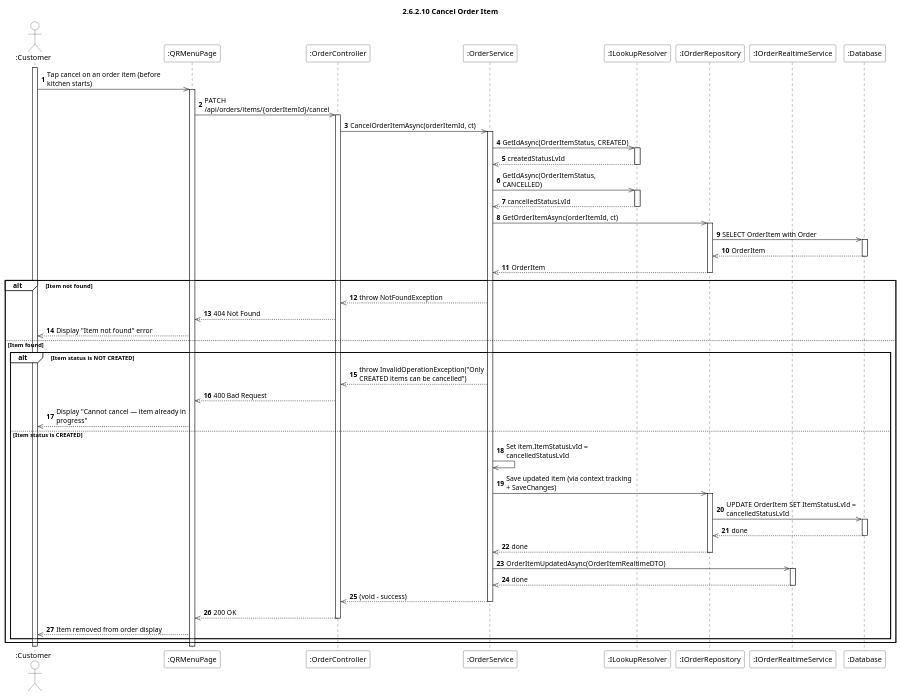
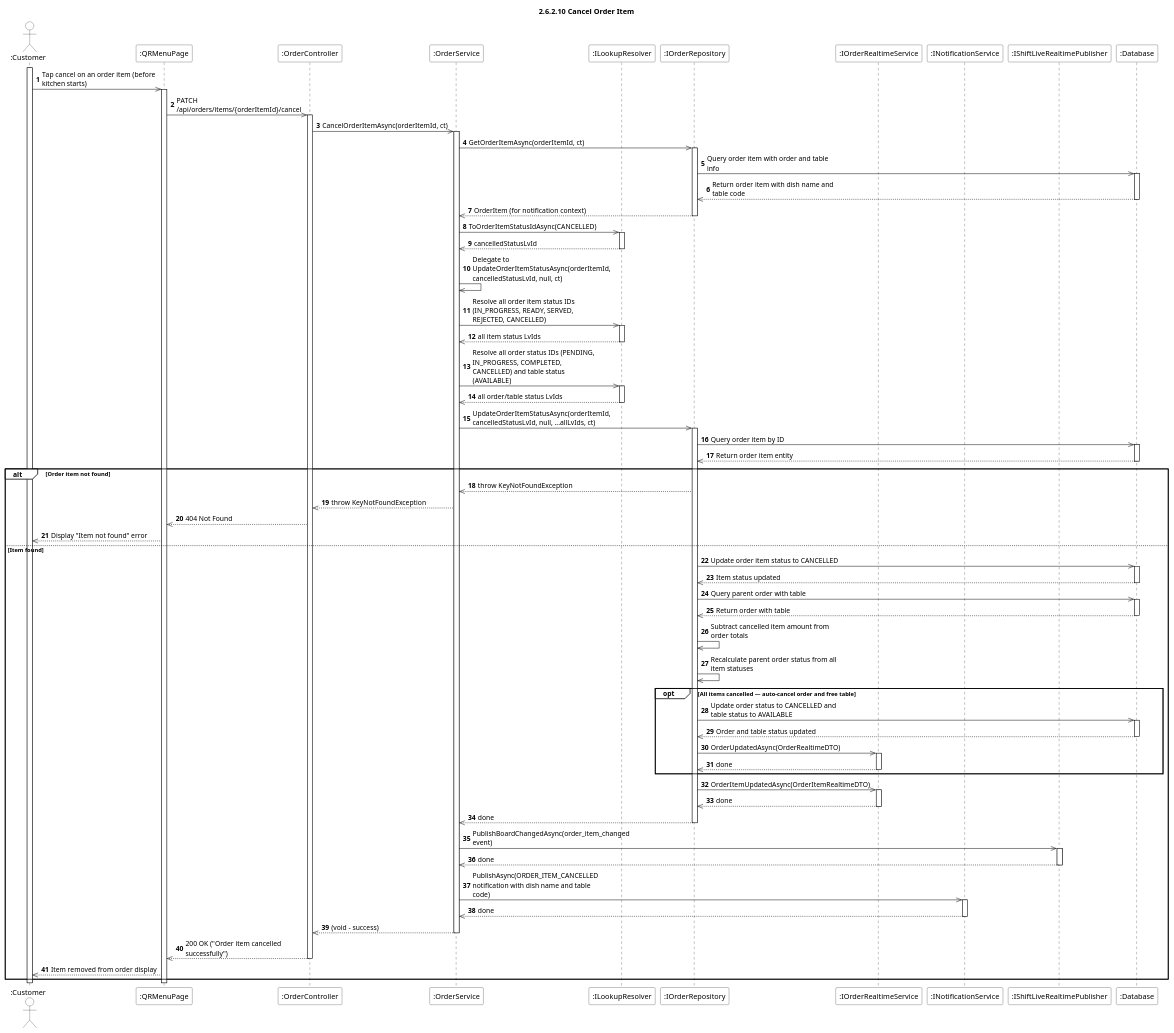
The diagram in Docs/Software Design Specification/Order Management/sequence-diagrams/2.6.2.10-cancel-order-item.puml (aulacvietnameseeatery-source/aulac_be), drawn with PlantUML before and after one commit. The commit also changed 21 other files, not shown here.

```diff
--- a/Docs/Software Design Specification/Order Management/sequence-diagrams/2.6.2.10-cancel-order-item.puml
+++ b/Docs/Software Design Specification/Order Management/sequence-diagrams/2.6.2.10-cancel-order-item.puml
@@ -1,90 +1,130 @@
 @startuml
 title 2.6.2.10 Cancel Order Item
 
 skinparam maxMessageSize 250
 skinparam sequence {
     ParticipantBackgroundColor #ffffff
     ActorBackgroundColor #ffffff
 }
 
 autonumber
 
 actor ":Customer" as U
 participant ":QRMenuPage" as Client
 participant ":OrderController" as Ctrl
 participant ":OrderService" as Svc
 participant ":ILookupResolver" as Lookup
 participant ":IOrderRepository" as OrderRepo
 participant ":IOrderRealtimeService" as Realtime
+participant ":INotificationService" as Notif
+participant ":IShiftLiveRealtimePublisher" as ShiftLive
 participant ":Database" as DB
 
 activate U
 
 U ->> Client : Tap cancel on an order item (before kitchen starts)
 activate Client
 
 Client ->> Ctrl : PATCH /api/orders/items/{orderItemId}/cancel
 activate Ctrl
 
 Ctrl ->> Svc : CancelOrderItemAsync(orderItemId, ct)
 activate Svc
 
-Svc ->> Lookup : GetIdAsync(OrderItemStatus, CREATED)
-activate Lookup
-Lookup -->> Svc : createdStatusLvId
-deactivate Lookup
+Svc ->> OrderRepo : GetOrderItemAsync(orderItemId, ct)
+activate OrderRepo
+OrderRepo ->> DB : Query order item with order and table info
+activate DB
+DB -->> OrderRepo : Return order item with dish name and table code
+deactivate DB
+OrderRepo -->> Svc : OrderItem (for notification context)
+deactivate OrderRepo
 
-Svc ->> Lookup : GetIdAsync(OrderItemStatus, CANCELLED)
+Svc ->> Lookup : ToOrderItemStatusIdAsync(CANCELLED)
 activate Lookup
 Lookup -->> Svc : cancelledStatusLvId
 deactivate Lookup
 
-Svc ->> OrderRepo : GetOrderItemAsync(orderItemId, ct)
+Svc ->> Svc : Delegate to UpdateOrderItemStatusAsync(orderItemId, cancelledStatusLvId, null, ct)
+
+Svc ->> Lookup : Resolve all order item status IDs (IN_PROGRESS, READY, SERVED, REJECTED, CANCELLED)
+activate Lookup
+Lookup -->> Svc : all item status LvIds
+deactivate Lookup
+
+Svc ->> Lookup : Resolve all order status IDs (PENDING, IN_PROGRESS, COMPLETED, CANCELLED) and table status (AVAILABLE)
+activate Lookup
+Lookup -->> Svc : all order/table status LvIds
+deactivate Lookup
+
+Svc ->> OrderRepo : UpdateOrderItemStatusAsync(orderItemId, cancelledStatusLvId, null, ...allLvIds, ct)
 activate OrderRepo
-OrderRepo ->> DB : SELECT OrderItem with Order
+
+OrderRepo ->> DB : Query order item by ID
 activate DB
-DB -->> OrderRepo : OrderItem
+DB -->> OrderRepo : Return order item entity
 deactivate DB
-OrderRepo -->> Svc : OrderItem
-deactivate OrderRepo
 
-alt#White Item not found
-    Svc -->> Ctrl : throw NotFoundException
+alt#White Order item not found
+    OrderRepo -->> Svc : throw KeyNotFoundException
+    Svc -->> Ctrl : throw KeyNotFoundException
     Ctrl -->> Client : 404 Not Found
     Client -->> U : Display "Item not found" error
 else Item found
-    alt#White Item status is NOT CREATED
-        Svc -->> Ctrl : throw InvalidOperationException("Only CREATED items can be cancelled")
-        Ctrl -->> Client : 400 Bad Request
-        Client -->> U : Display "Cannot cancel — item already in progress"
-    else Item status is CREATED
-        Svc ->> Svc : Set item.ItemStatusLvId = cancelledStatusLvId
 
-        Svc ->> OrderRepo : Save updated item (via context tracking + SaveChanges)
-        activate OrderRepo
-        OrderRepo ->> DB : UPDATE OrderItem SET ItemStatusLvId = cancelledStatusLvId
+    OrderRepo ->> DB : Update order item status to CANCELLED
+    activate DB
+    DB -->> OrderRepo : Item status updated
+    deactivate DB
+
+    OrderRepo ->> DB : Query parent order with table
+    activate DB
+    DB -->> OrderRepo : Return order with table
+    deactivate DB
+
+    OrderRepo ->> OrderRepo : Subtract cancelled item amount from order totals
+    OrderRepo ->> OrderRepo : Recalculate parent order status from all item statuses
+
+    opt#White All items cancelled — auto-cancel order and free table
+        OrderRepo ->> DB : Update order status to CANCELLED and table status to AVAILABLE
         activate DB
-        DB -->> OrderRepo : done
+        DB -->> OrderRepo : Order and table status updated
         deactivate DB
-        OrderRepo -->> Svc : done
-        deactivate OrderRepo
 
-        Svc ->> Realtime : OrderItemUpdatedAsync(OrderItemRealtimeDTO)
+        OrderRepo ->> Realtime : OrderUpdatedAsync(OrderRealtimeDTO)
         activate Realtime
-        Realtime -->> Svc : done
+        Realtime -->> OrderRepo : done
         deactivate Realtime
+    end
 
-        Svc -->> Ctrl : (void - success)
-        deactivate Svc
+    OrderRepo ->> Realtime : OrderItemUpdatedAsync(OrderItemRealtimeDTO)
+    activate Realtime
+    Realtime -->> OrderRepo : done
+    deactivate Realtime
 
-        Ctrl -->> Client : 200 OK
-        deactivate Ctrl
+    OrderRepo -->> Svc : done
+    deactivate OrderRepo
 
-        Client -->> U : Item removed from order display
-    end
+    Svc ->> ShiftLive : PublishBoardChangedAsync(order_item_changed event)
+    activate ShiftLive
+    ShiftLive -->> Svc : done
+    deactivate ShiftLive
+
+    Svc ->> Notif : PublishAsync(ORDER_ITEM_CANCELLED notification with dish name and table code)
+    activate Notif
+    Notif -->> Svc : done
+    deactivate Notif
+
+    Svc -->> Ctrl : (void - success)
+    deactivate Svc
+
+    Ctrl -->> Client : 200 OK ("Order item cancelled successfully")
+    deactivate Ctrl
+
+    Client -->> U : Item removed from order display
 end
 
 deactivate Client
 deactivate U
 
 @enduml
```
